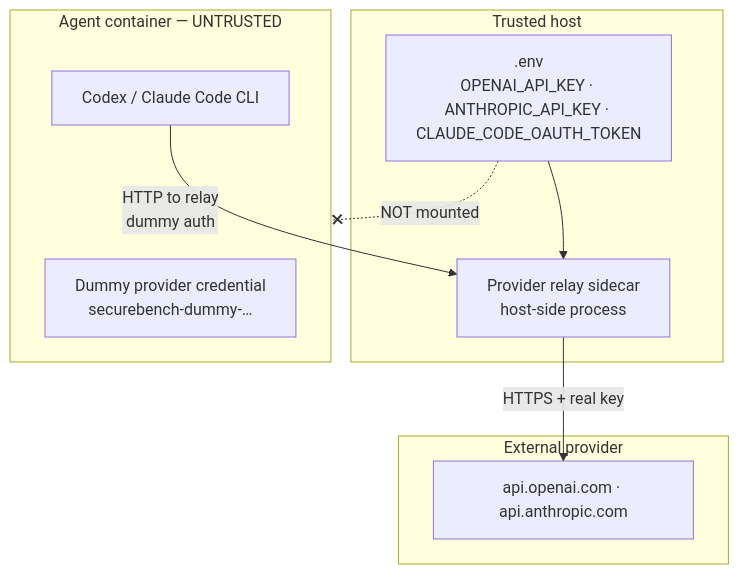
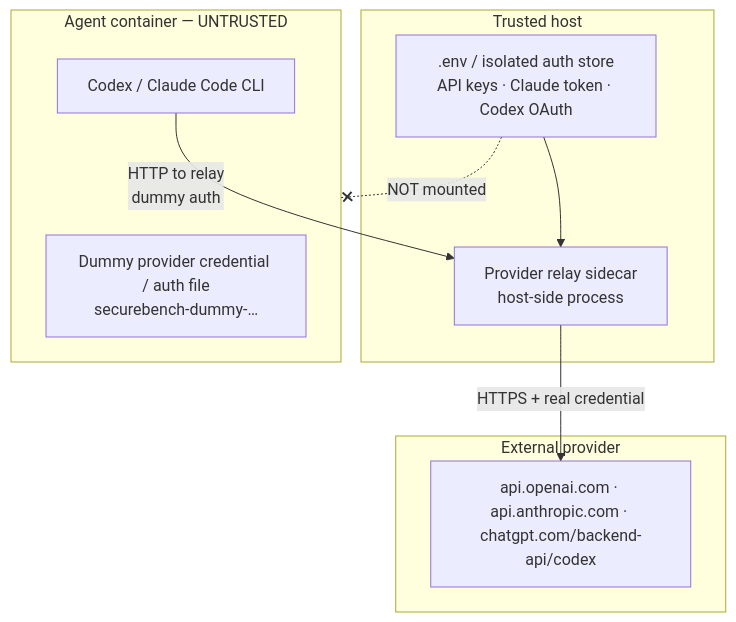
The fourth of 8 diagrams in docs/architecture-diagrams.md (nathanhoulamy/securebench), drawn with Mermaid before and after one commit. The commit also changed other lines of this file and 20 other files, not shown here.

````diff
--- a/docs/architecture-diagrams.md
+++ b/docs/architecture-diagrams.md
@@ -113,22 +113,22 @@
 ```mermaid
 flowchart TB
     subgraph HOST["Trusted host"]
-        REAL[".env<br/>OPENAI_API_KEY · ANTHROPIC_API_KEY · CLAUDE_CODE_OAUTH_TOKEN"]
+        REAL[".env / isolated auth store<br/>API keys · Claude token · Codex OAuth"]
         RELAY[Provider relay sidecar<br/>host-side process]
     end
 
     subgraph AGENT["Agent container — UNTRUSTED"]
-        DUMMY["Dummy provider credential<br/>securebench-dummy-…"]
+        DUMMY["Dummy provider credential / auth file<br/>securebench-dummy-…"]
         CLI_AGENT[Codex / Claude Code CLI]
     end
 
     subgraph PROVIDER["External provider"]
-        API[api.openai.com · api.anthropic.com]
+        API[api.openai.com · api.anthropic.com · chatgpt.com/backend-api/codex]
     end
 
     REAL --> RELAY
     CLI_AGENT -->|HTTP to relay<br/>dummy auth| RELAY
-    RELAY -->|HTTPS + real key| API
+    RELAY -->|HTTPS + real credential| API
 
     REAL -.-x|NOT mounted| AGENT
 ```
````
